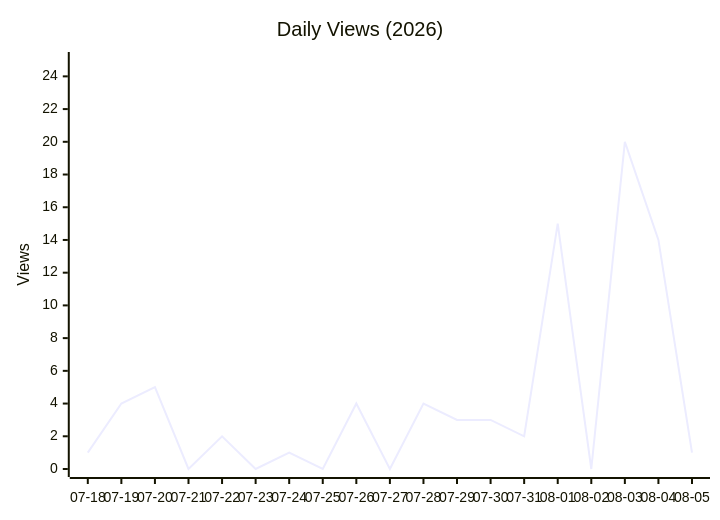
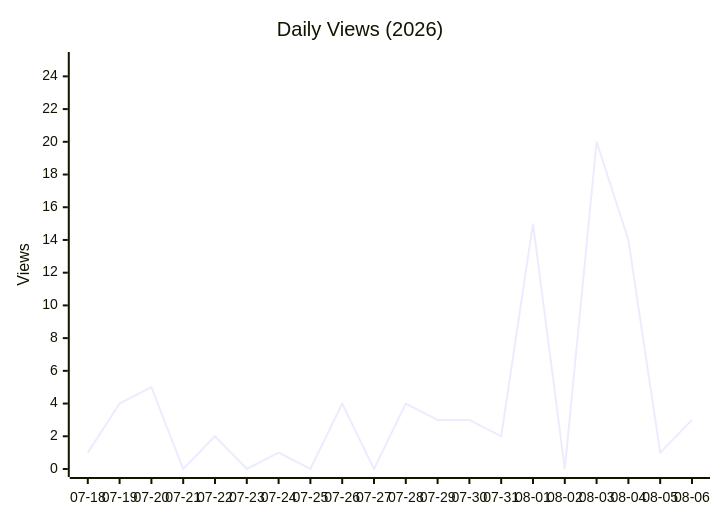
Before and after one commit to Architect-HA/Humai-Accord: the third of 4 diagrams in data/TRAFFIC_REPORT.md, drawn with Mermaid. The commit also changed other lines of this file and 1 other file, not shown here.

````diff
--- a/data/TRAFFIC_REPORT.md
+++ b/data/TRAFFIC_REPORT.md
@@ -32,7 +32,7 @@
 ```mermaid
 xychart-beta
     title "Daily Views (2026)"
-    x-axis ["07-18", "07-19", "07-20", "07-21", "07-22", "07-23", "07-24", "07-25", "07-26", "07-27", "07-28", "07-29", "07-30", "07-31", "08-01", "08-02", "08-03", "08-04", "08-05"]
+    x-axis ["07-18", "07-19", "07-20", "07-21", "07-22", "07-23", "07-24", "07-25", "07-26", "07-27", "07-28", "07-29", "07-30", "07-31", "08-01", "08-02", "08-03", "08-04", "08-05", "08-06"]
     y-axis "Views" 0 --> 25
-    line [1, 4, 5, 0, 2, 0, 1, 0, 4, 0, 4, 3, 3, 2, 15, 0, 20, 14, 1]
+    line [1, 4, 5, 0, 2, 0, 1, 0, 4, 0, 4, 3, 3, 2, 15, 0, 20, 14, 1, 3]
 ```
````
